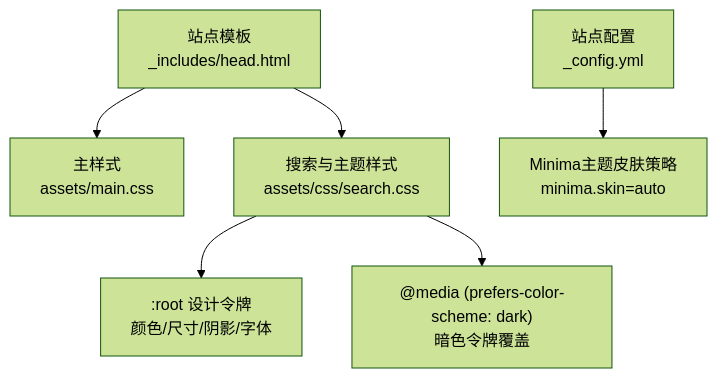
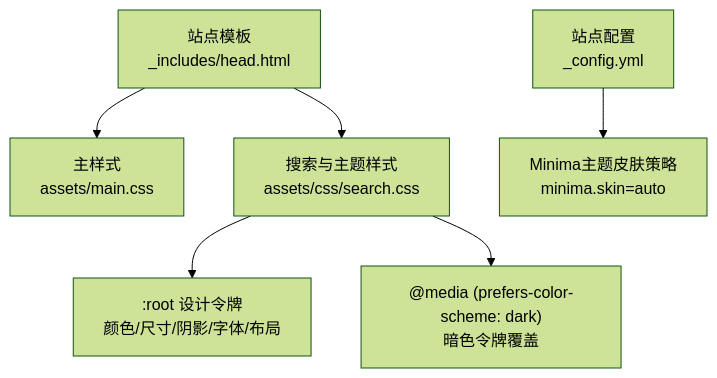
Before and after one commit to LZC6244/lzc6244.github.io: the first of 5 diagrams in .qoder/repowiki/zh/content/主题定制/样式定制/CSS变量设计体系.md, drawn with Mermaid (forest theme). The commit also changed other lines of this file and 36 other files, not shown here.

````diff
--- a/.qoder/repowiki/zh/content/主题定制/样式定制/CSS变量设计体系.md
+++ b/.qoder/repowiki/zh/content/主题定制/样式定制/CSS变量设计体系.md
@@ -38,8 +38,8 @@
 ```mermaid
 graph TB
 A["站点模板<br/>_includes/head.html"] --> B["主样式<br/>assets/main.css"]
 A --> C["搜索与主题样式<br/>assets/css/search.css"]
 D["站点配置<br/>_config.yml"] --> E["Minima主题皮肤策略<br/>minima.skin=auto"]
-C --> F[":root 设计令牌<br/>颜色/尺寸/阴影/字体"]
+C --> F[":root 设计令牌<br/>颜色/尺寸/阴影/字体/布局"]
 C --> G["@media (prefers-color-scheme: dark)<br/>暗色令牌覆盖"]
 ```
````
